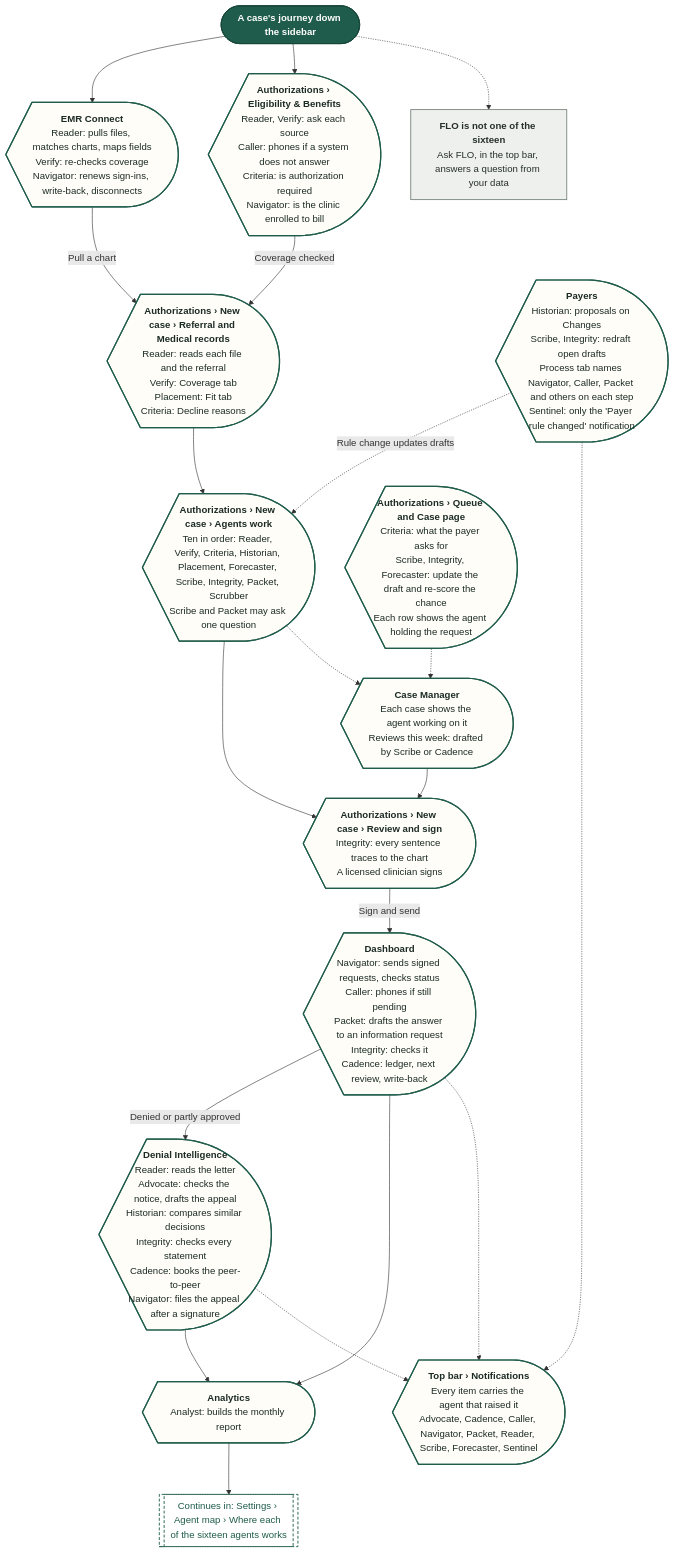
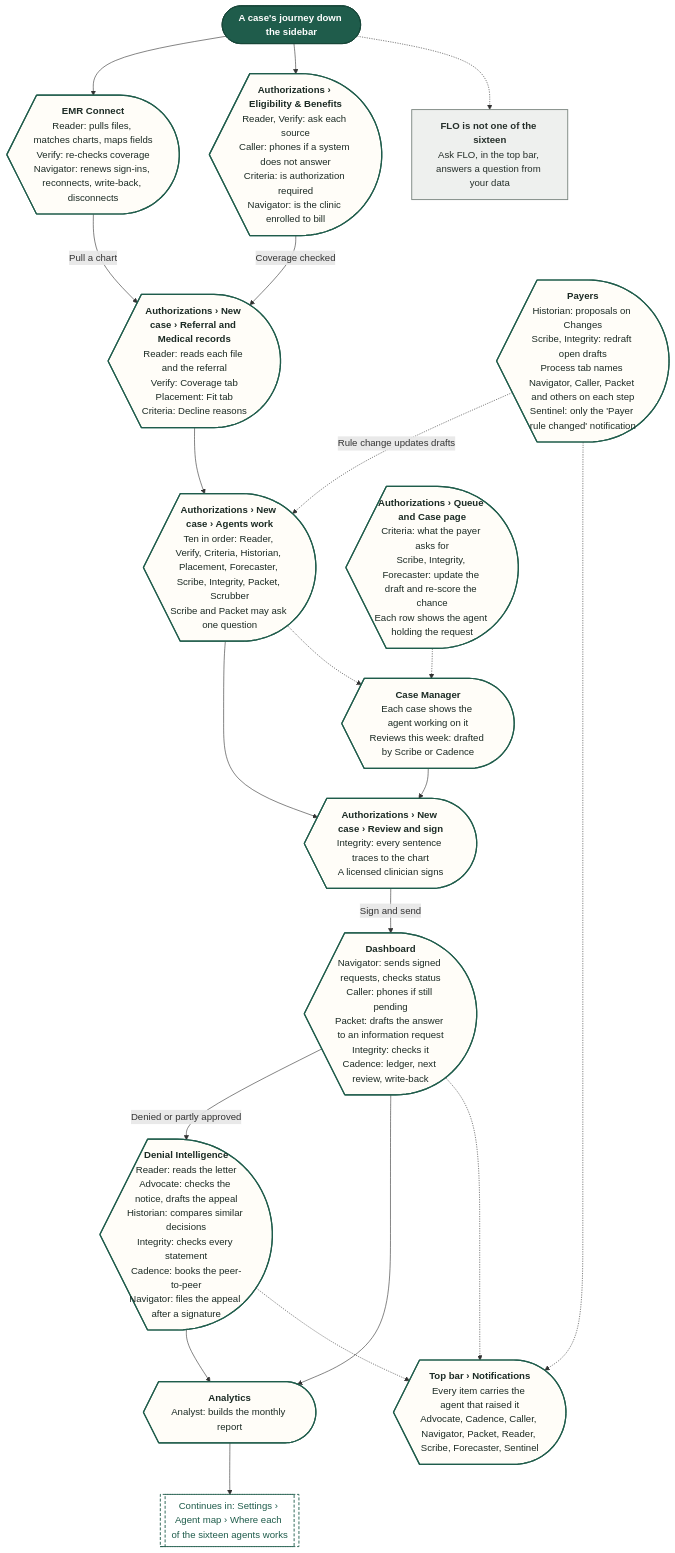
One commit to Shrav143/psyfloapp changed the ninth of 10 diagrams in demos/prior-auth-demo/workflows/out/md/11-settings.md. Above: the diagram before and after it, drawn with Mermaid. The commit also changed other lines of this file and 195 other files, not shown here.

First line of the commit message:
docs: Rebuild workflow diagrams after the demo fixes (220 diagrams)

````diff
--- a/demos/prior-auth-demo/workflows/out/md/11-settings.md
+++ b/demos/prior-auth-demo/workflows/out/md/11-settings.md
@@ -643,56 +683,56 @@
 ```mermaid
 %%{init: {"theme":"base","themeVariables":{"fontFamily":"'DM Sans', 'Segoe UI', system-ui, sans-serif","fontSize":"15px","lineColor":"#5B6B63","primaryTextColor":"#1C2B25","clusterBkg":"#FBF8F3","clusterBorder":"#D9CDBB","edgeLabelBackground":"#FFFFFF"},"flowchart":{"curve":"basis","nodeSpacing":36,"rankSpacing":48,"padding":12,"htmlLabels":true,"useMaxWidth":false,"wrappingWidth":230}} }%%
 flowchart TD
   classDef k_start fill:#1F5C4B,stroke:#174638,color:#FFFFFF,stroke-width:1.5px,font-weight:600
   classDef k_end fill:#DDEFE3,stroke:#2E7D4F,color:#14502F,stroke-width:1.5px,font-weight:600
   classDef k_endx fill:#FBE3E0,stroke:#C0392B,color:#7A1F16,stroke-width:1.5px,font-weight:600
   classDef k_screen fill:#FFFDF8,stroke:#1F5C4B,color:#1C2B25,stroke-width:2px
   classDef k_overlay fill:#F1F7F3,stroke:#1F5C4B,color:#1C2B25,stroke-width:2px,stroke-dasharray:5 3
   classDef k_click fill:#DCEBFA,stroke:#2F6DB5,color:#12365F,stroke-width:1.5px
   classDef k_input fill:#E4E7FF,stroke:#4C5FD5,color:#1D2670,stroke-width:1.5px
   classDef k_process fill:#EEF0EE,stroke:#7A857F,color:#26302B,stroke-width:1.5px
   classDef k_agent fill:#EEE5FA,stroke:#7A4FC2,color:#341A63,stroke-width:1.5px
   classDef k_decision fill:#FFF0CC,stroke:#D9962B,color:#5C3B00,stroke-width:1.5px
   classDef k_store fill:#D5F0EA,stroke:#1C8E7B,color:#0B4A3F,stroke-width:1.5px
   classDef k_doc fill:#F6E9DC,stroke:#B07A4C,color:#4A2E14,stroke-width:1.5px
   classDef k_ext fill:#FFE6D2,stroke:#E07B39,color:#6B2F06,stroke-width:1.5px
   classDef k_wait fill:#E4E8EE,stroke:#6B7C93,color:#26303D,stroke-width:1.5px
   classDef k_toast fill:#FFF9DB,stroke:#C9A400,color:#5A4A00,stroke-width:1.5px
   classDef k_goto fill:#FFFFFF,stroke:#1F5C4B,color:#1F5C4B,stroke-width:1.5px,stroke-dasharray:5 3
   s1@{ shape: stadium, label: "A case's journey down the sidebar" }
   flo@{ shape: rect, label: "<b>FLO is not one of the sixteen</b><br/>Ask FLO, in the top bar, answers a question from your data" }
-  emr@{ shape: curv-trap, label: "<b>EMR Connect</b><br/>Reader: pulls files, matches charts, maps fields<br/>Verify: re-checks coverage<br/>Navigator: renews sign-ins, write-back, disconnects" }
+  emr@{ shape: curv-trap, label: "<b>EMR Connect</b><br/>Reader: pulls files, matches charts, maps fields<br/>Verify: re-checks coverage<br/>Navigator: renews sign-ins, reconnects, write-back, disconnects" }
   elig@{ shape: curv-trap, label: "<b>Authorizations › Eligibility & Benefits</b><br/>Reader, Verify: ask each source<br/>Caller: phones if a system does not answer<br/>Criteria: is authorization required<br/>Navigator: is the clinic enrolled to bill" }
   ref@{ shape: curv-trap, label: "<b>Authorizations › New case › Referral and Medical records</b><br/>Reader: reads each file and the referral<br/>Verify: Coverage tab<br/>Placement: Fit tab<br/>Criteria: Decline reasons" }
   run@{ shape: curv-trap, label: "<b>Authorizations › New case › Agents work</b><br/>Ten in order: Reader, Verify, Criteria, Historian, Placement, Forecaster, Scribe, Integrity, Packet, Scrubber<br/>Scribe and Packet may ask one question" }
   sign@{ shape: curv-trap, label: "<b>Authorizations › New case › Review and sign</b><br/>Integrity: every sentence traces to the chart<br/>A licensed clinician signs" }
   auth@{ shape: curv-trap, label: "<b>Authorizations › Queue and Case page</b><br/>Criteria: what the payer asks for<br/>Scribe, Integrity, Forecaster: update the draft and re-score the chance<br/>Each row shows the agent holding the request" }
   mgr@{ shape: curv-trap, label: "<b>Case Manager</b><br/>Each case shows the agent working on it<br/>Reviews this week: drafted by Scribe or Cadence" }
   dash@{ shape: curv-trap, label: "<b>Dashboard</b><br/>Navigator: sends signed requests, checks status<br/>Caller: phones if still pending<br/>Packet: drafts the answer to an information request<br/>Integrity: checks it<br/>Cadence: ledger, next review, write-back" }
   den@{ shape: curv-trap, label: "<b>Denial Intelligence</b><br/>Reader: reads the letter<br/>Advocate: checks the notice, drafts the appeal<br/>Historian: compares similar decisions<br/>Integrity: checks every statement<br/>Cadence: books the peer-to-peer<br/>Navigator: files the appeal after a signature" }
   pay@{ shape: curv-trap, label: "<b>Payers</b><br/>Historian: proposals on Changes<br/>Scribe, Integrity: redraft open drafts<br/>Process tab names Navigator, Caller, Packet and others on each step<br/>Sentinel: only the 'Payer rule changed' notification" }
   note@{ shape: curv-trap, label: "<b>Top bar › Notifications</b><br/>Every item carries the agent that raised it<br/>Advocate, Cadence, Caller, Navigator, Packet, Reader, Scribe, Forecaster, Sentinel" }
   ana@{ shape: curv-trap, label: "<b>Analytics</b><br/>Analyst: builds the monthly report" }
   g1@{ shape: subproc, label: "Continues in: Settings › Agent map › Where each of the sixteen agents works" }
   s1 --> emr & elig
   s1 -.-> flo
   emr -->|"Pull a chart"| ref
   elig -->|"Coverage checked"| ref
   ref --> run --> sign
   sign -->|"Sign and send"| dash
   run -.-> mgr
   auth -.-> mgr
   mgr --> sign
   dash -->|"Denied or partly approved"| den
   pay -.->|"Rule change updates drafts"| run
   dash --> ana
   den --> ana
   dash -.-> note
   den -.-> note
   pay -.-> note
   ana --> g1
   class s1 k_start
   class flo k_process
   class emr,elig,ref,run,sign,auth,mgr,dash,den,pay,note,ana k_screen
   class g1 k_goto
 ```
````
